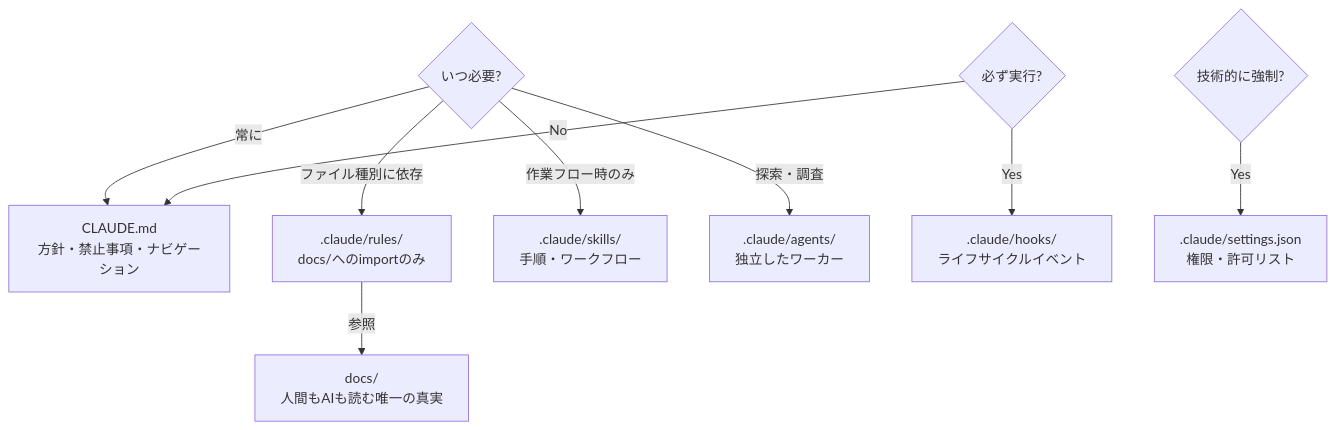
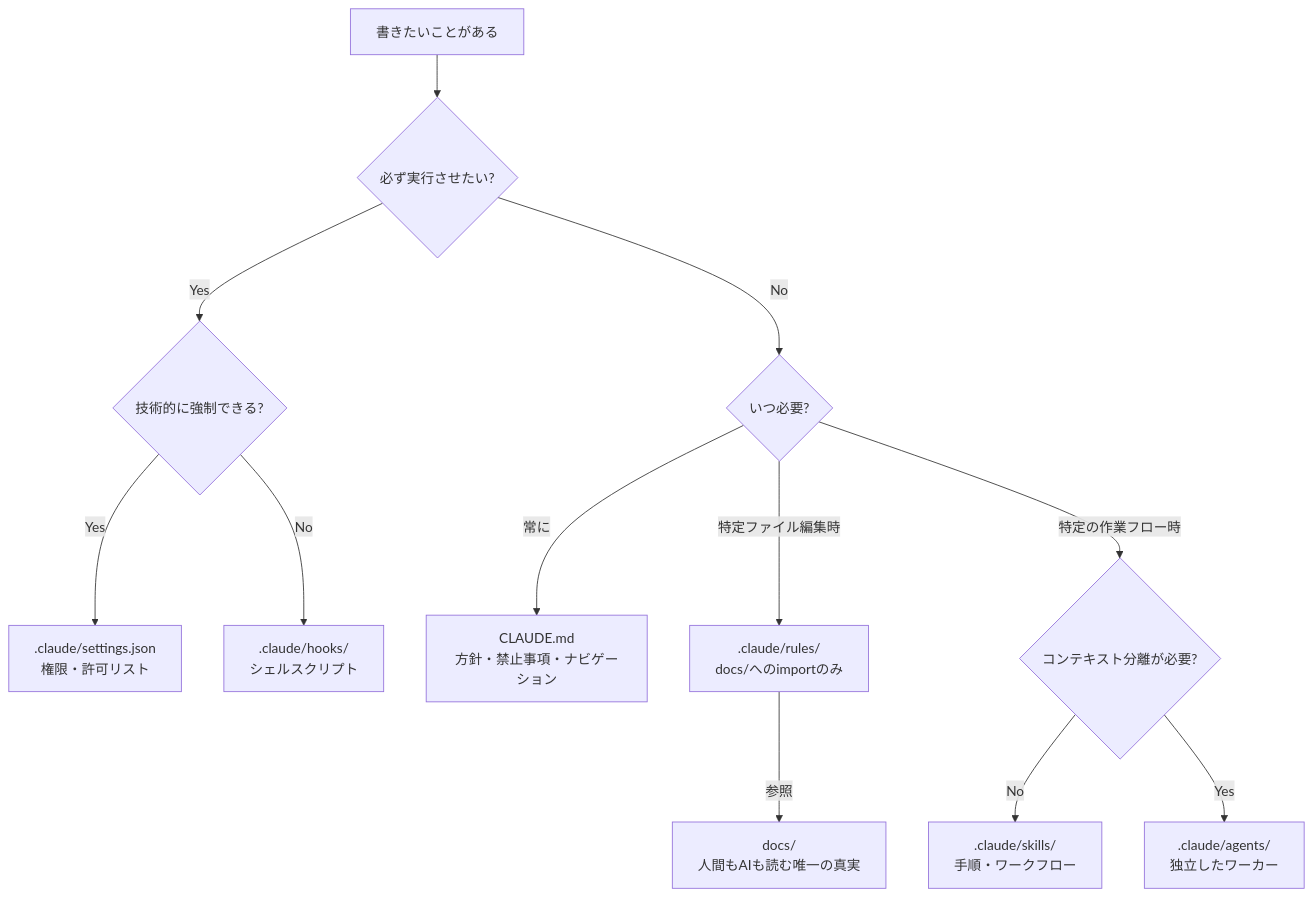
One commit to taichi-t/claude changed the first of 3 diagrams in docs/AI_COLLABORATION.md. Above: the diagram before and after it, drawn with Mermaid.

Commit message:
Rewrite 'what goes where' as a single decision flowchart
独立した3分岐を一本の判断フローに統合。
「必ず実行？→いつ必要？→コンテキスト分離？」の順で置き場所が決まる。

https://claude.ai/code/session_016gUnTojp3HBXcCSGgHM1WQ

````diff
--- a/docs/AI_COLLABORATION.md
+++ b/docs/AI_COLLABORATION.md
@@ -19,18 +19,16 @@
 ```mermaid
 flowchart TD
-    Q{いつ必要?}
-    Q -->|常に| CLAUDE["CLAUDE.md\n方針・禁止事項・ナビゲーション"]
-    Q -->|ファイル種別に依存| Rules[".claude/rules/\ndocs/へのimportのみ"]
-    Q -->|作業フロー時のみ| Skills[".claude/skills/\n手順・ワークフロー"]
-    Q -->|探索・調査| Agents[".claude/agents/\n独立したワーカー"]
+    Start["書きたいことがある"] --> Q1{必ず実行させたい?}
+    Q1 -->|Yes| Q1a{技術的に強制できる?}
+    Q1a -->|Yes| Settings[".claude/settings.json\n権限・許可リスト"]
+    Q1a -->|No| Hooks[".claude/hooks/\nシェルスクリプト"]
 
-    E{必ず実行?}
-    E -->|Yes| Hooks[".claude/hooks/\nライフサイクルイベント"]
-    E -->|No| CLAUDE
+    Q1 -->|No| Q2{いつ必要?}
+    Q2 -->|常に| CLAUDE["CLAUDE.md\n方針・禁止事項・ナビゲーション"]
+    Q2 -->|特定ファイル編集時| Rules[".claude/rules/\ndocs/へのimportのみ"]
+    Q2 -->|特定の作業フロー時| Q3{コンテキスト分離が必要?}
+    Q3 -->|No| Skills[".claude/skills/\n手順・ワークフロー"]
+    Q3 -->|Yes| Agents[".claude/agents/\n独立したワーカー"]
 
-    P{技術的に強制?}
-    P -->|Yes| Settings[".claude/settings.json\n権限・許可リスト"]
-
-    D["docs/\n人間もAIも読む唯一の真実"]
-    Rules -->|参照| D
+    Rules -->|参照| Docs["docs/\n人間もAIも読む唯一の真実"]
 ```
````
